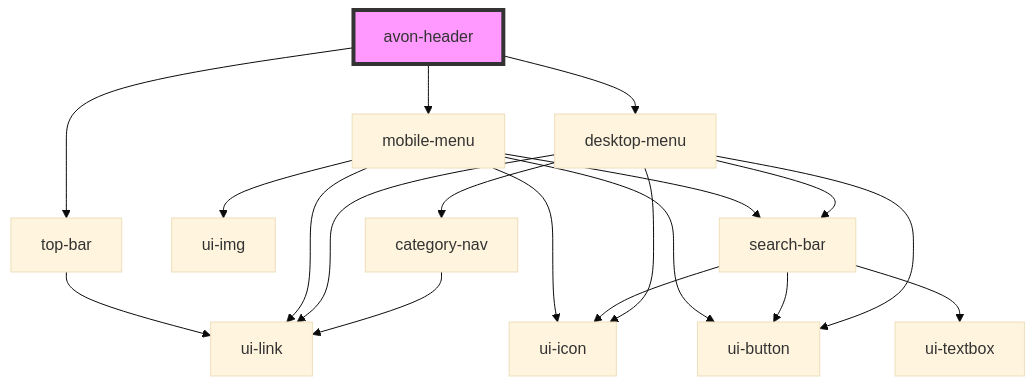
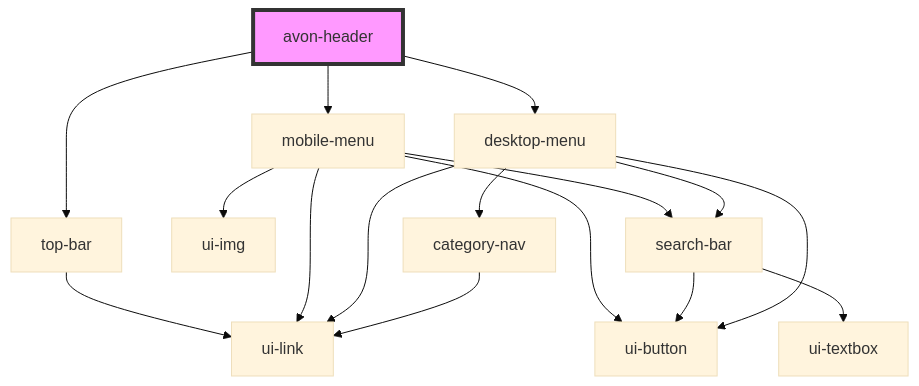
The diagram in src/components/avon-header/readme.md (ankitghanekar-hcl/ui-shared-web-components), drawn with Mermaid (base theme) before and after one commit. The commit also changed other lines of this file and 6 other files, not shown here.

````diff
--- a/src/components/avon-header/readme.md
+++ b/src/components/avon-header/readme.md
@@ -23,22 +22,19 @@
 ```mermaid
 graph TD;
   avon-header --> top-bar
   avon-header --> mobile-menu
   avon-header --> desktop-menu
   top-bar --> ui-link
   mobile-menu --> ui-link
   mobile-menu --> ui-img
-  mobile-menu --> ui-icon
   mobile-menu --> ui-button
   mobile-menu --> search-bar
   search-bar --> ui-textbox
   search-bar --> ui-button
-  search-bar --> ui-icon
   desktop-menu --> search-bar
   desktop-menu --> ui-button
-  desktop-menu --> ui-icon
   desktop-menu --> ui-link
   desktop-menu --> category-nav
   category-nav --> ui-link
   style avon-header fill:#f9f,stroke:#333,stroke-width:4px
 ```
````
